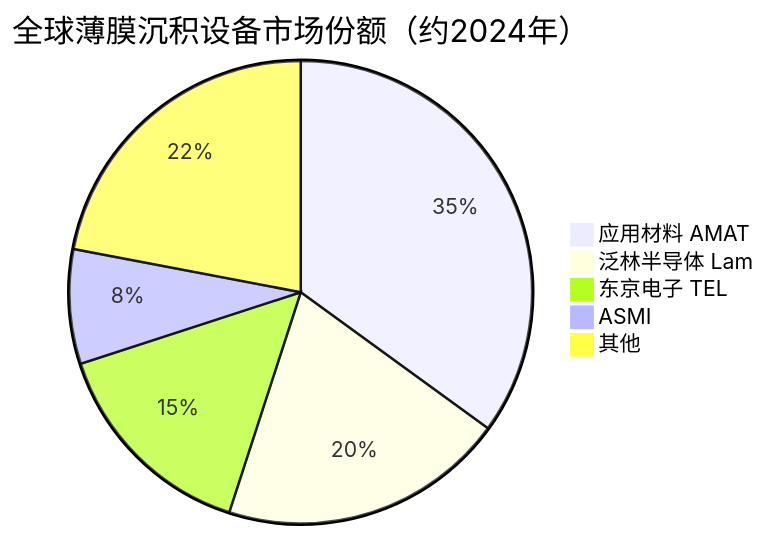
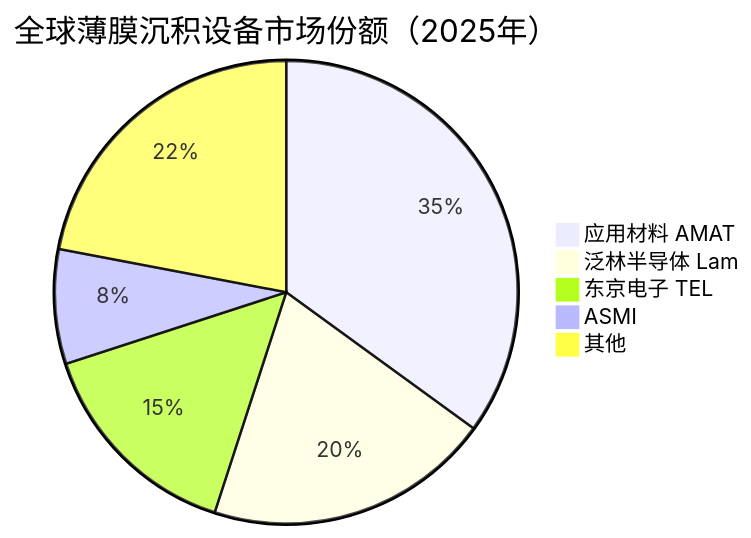
The third of 3 diagrams in 存储产业链/上游/薄膜沉积设备.md (blueprint1453/industry-insight), drawn with Mermaid before and after one commit. The commit also changed other lines of this file and 78 other files, not shown here.

````diff
--- a/存储产业链/上游/薄膜沉积设备.md
+++ b/存储产业链/上游/薄膜沉积设备.md
@@ -110,8 +110,8 @@
 ```mermaid
-pie title 全球薄膜沉积设备市场份额（约2024年）
+pie title 全球薄膜沉积设备市场份额（2025年）
     "应用材料 AMAT" : 35
     "泛林半导体 Lam" : 20
     "东京电子 TEL" : 15
     "ASMI" : 8
     "其他" : 22
 ```
````
